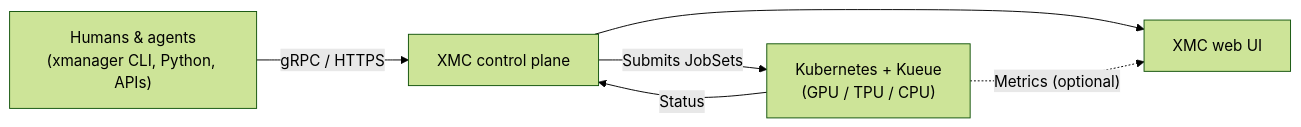
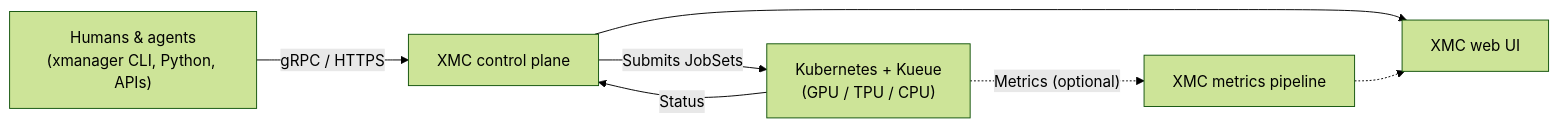
The diagram in README.md (google/xmc), drawn with Mermaid (forest theme) before and after one commit.

Commit message:
Update README.md
If you think that is oversimplification then LGTM we can add that stage.

````diff
--- a/README.md
+++ b/README.md
@@ -22,8 +22,9 @@
 ```mermaid
 flowchart LR
     Client["Humans & agents<br/>(xmanager CLI, Python, APIs)"] -->|"gRPC / HTTPS"| CP["XMC control plane"]
     CP -->|"Submits JobSets"| K8s["Kubernetes + Kueue<br/>(GPU / TPU / CPU)"]
     K8s -->|"Status"| CP
     CP --> UI["XMC web UI"]
-    K8s -.->|"Metrics (optional)"| UI
+    K8s -.->|"Metrics (optional)"| MP["XMC metrics pipeline"]
+    MP -.-> UI
 ```
````
